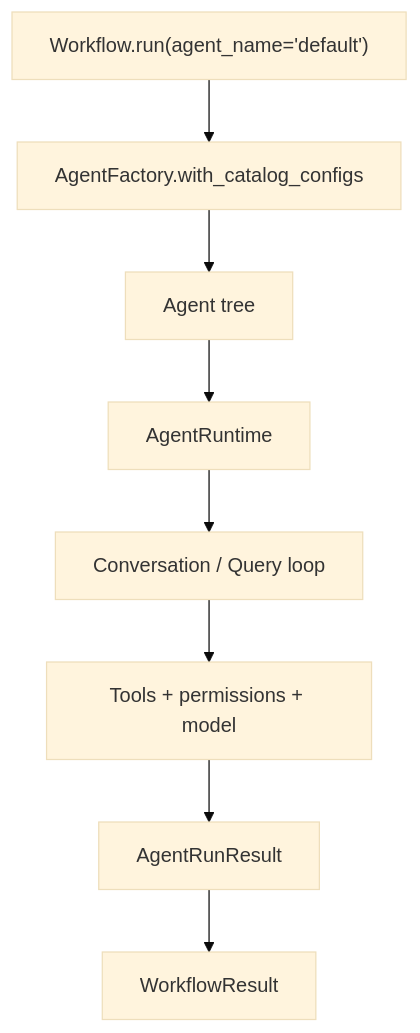
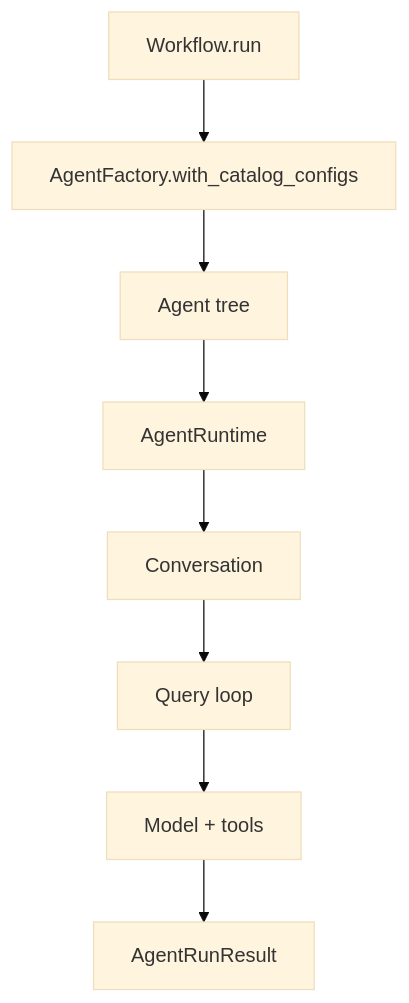
The second of 4 diagrams in docs/agent-system.md (pierg/OpenHarness), drawn with Mermaid (base theme) before and after one commit. The commit also changed other lines of this file and 48 other files, not shown here.

````diff
--- a/docs/agent-system.md
+++ b/docs/agent-system.md
@@ -379,10 +318,10 @@
 ```mermaid
 flowchart TD
-    A["Workflow.run(agent_name='default')"] --> B["AgentFactory.with_catalog_configs"]
+    A["Workflow.run"] --> B["AgentFactory.with_catalog_configs"]
     B --> C["Agent tree"]
     C --> D["AgentRuntime"]
-    D --> E["Conversation / Query loop"]
-    E --> F["Tools + permissions + model"]
-    F --> G["AgentRunResult"]
-    G --> H["WorkflowResult"]
+    D --> E["Conversation"]
+    E --> F["Query loop"]
+    F --> G["Model + tools"]
+    G --> H["AgentRunResult"]
 ```
````
